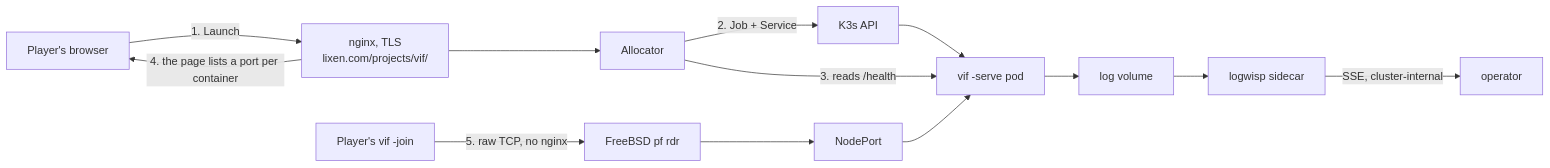
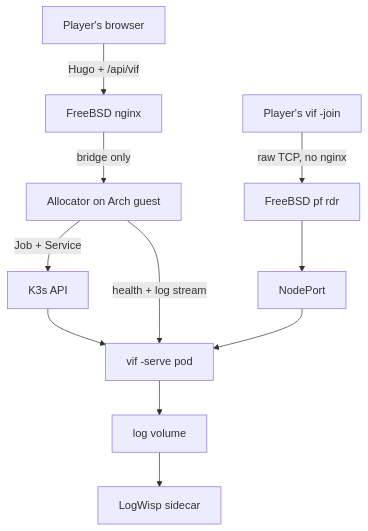
One commit to lixenwraith/vi-fighter changed the diagram in doc/kube_docker_deploy.md. Above: the diagram before and after it, drawn with Mermaid. The commit also changed other lines of this file and 13 other files, not shown here.

````diff
--- a/doc/kube_docker_deploy.md
+++ b/doc/kube_docker_deploy.md
@@ -35,11 +39,10 @@
 ```mermaid
-flowchart LR
-    Browser["Player's browser"] -->|"1. Launch"| Site["nginx, TLS<br/>lixen.com/projects/vif/"]
-    Site --> Alloc["Allocator"]
-    Alloc -->|"2. Job + Service"| API["K3s API"]
+flowchart TD
+    Browser["Player's browser"] -->|"Hugo + /api/vif"| Site["FreeBSD nginx"]
+    Site -->|"bridge only"| Alloc["Allocator on Arch guest"]
+    Alloc -->|"Job + Service"| API["K3s API"]
     API --> Pod["vif -serve pod"]
-    Alloc -->|"3. reads /health"| Pod
-    Site -->|"4. the page lists a port per container"| Browser
-    Term["Player's vif -join"] -->|"5. raw TCP, no nginx"| PF["FreeBSD pf rdr"] --> NP["NodePort"] --> Pod
-    Pod --> Vol["log volume"] --> Wisp["logwisp sidecar"] -->|"SSE, cluster-internal"| Ops["operator"]
+    Alloc -->|"health + log stream"| Pod
+    Term["Player's vif -join"] -->|"raw TCP, no nginx"| PF["FreeBSD pf rdr"] --> NP["NodePort"] --> Pod
+    Pod --> Vol["log volume"] --> Wisp["LogWisp sidecar"]
 ```
````
